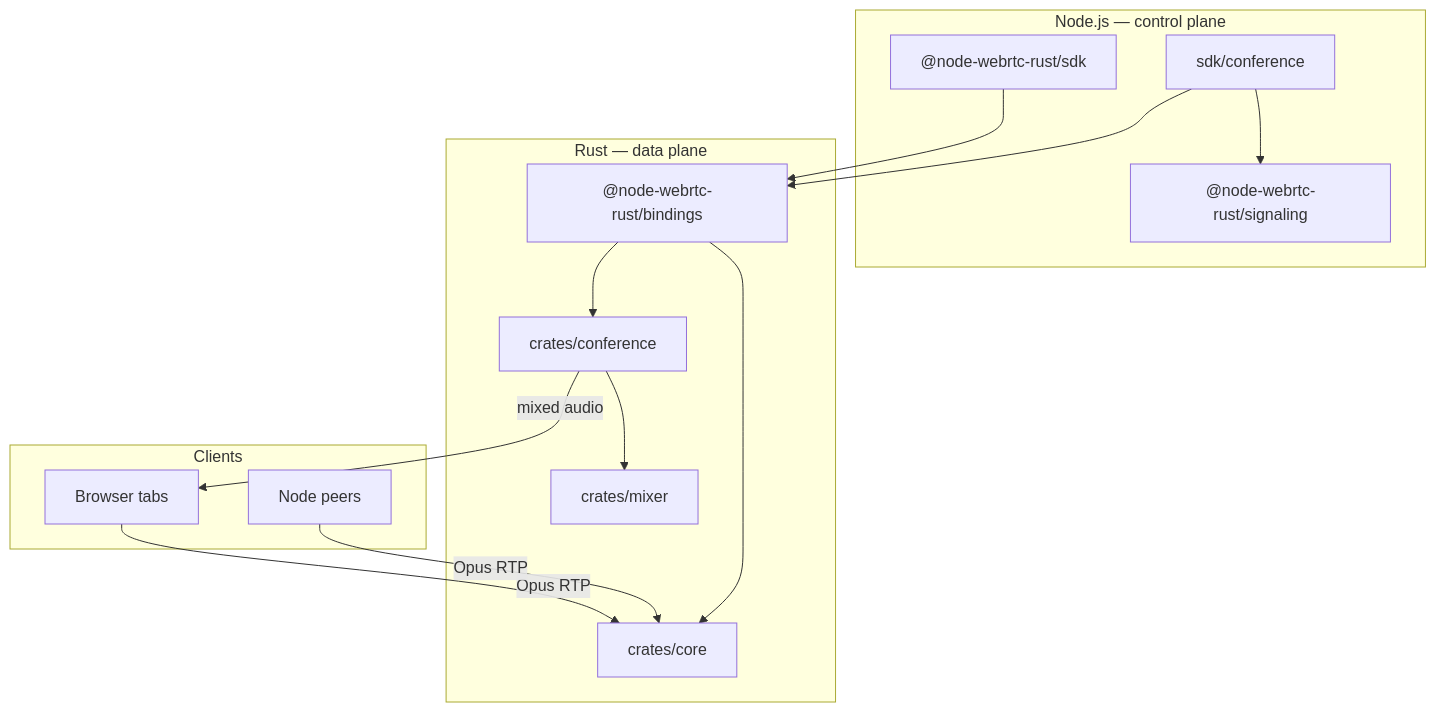
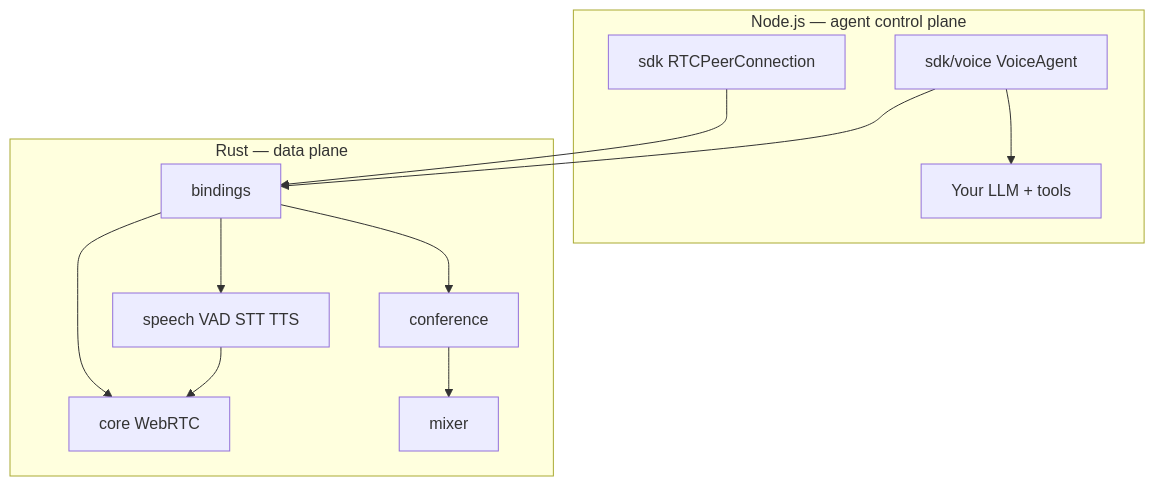
One commit to akirilyuk/node-webrtc-rust changed the second of 2 diagrams in README.md. Above: the diagram before and after it, drawn with Mermaid. The commit also changed other lines of this file and 1 other file, not shown here.

First line of the commit message:
docs: refocus READMEs on agentic voice workloads

````diff
--- a/README.md
+++ b/README.md
@@ -69,30 +298,25 @@
 ```mermaid
 flowchart TB
-  subgraph node [Node.js — control plane]
-    SDK["@node-webrtc-rust/sdk"]
-    SDKConf["sdk/conference"]
-    Sig["@node-webrtc-rust/signaling"]
-    SDKConf --> Sig
+  subgraph node [Node.js — agent control plane]
+    VoiceSDK["sdk/voice VoiceAgent"]
+    SDK["sdk RTCPeerConnection"]
+    LLM[Your LLM + tools]
+    VoiceSDK --> LLM
   end
 
   subgraph native [Rust — data plane]
-    Bind["@node-webrtc-rust/bindings"]
-    Core["crates/core"]
-    Mixer["crates/mixer"]
-    ConfCrate["crates/conference"]
+    Bind["bindings"]
+    Speech["speech VAD STT TTS"]
+    Core["core WebRTC"]
+    Mixer["mixer"]
+    ConfCrate["conference"]
+    Bind --> Speech
     Bind --> Core
     Bind --> ConfCrate
     ConfCrate --> Mixer
   end
 
-  subgraph clients [Clients]
-    Browser[Browser tabs]
-    NodePeer[Node peers]
-  end
-
   SDK --> Bind
-  SDKConf --> Bind
-  Browser -->|Opus RTP| Core
-  NodePeer -->|Opus RTP| Core
-  ConfCrate -->|mixed audio| Browser
+  VoiceSDK --> Bind
+  Speech --> Core
 ```
````
